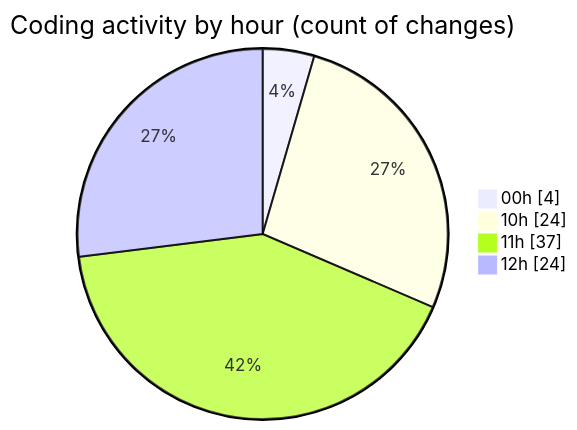
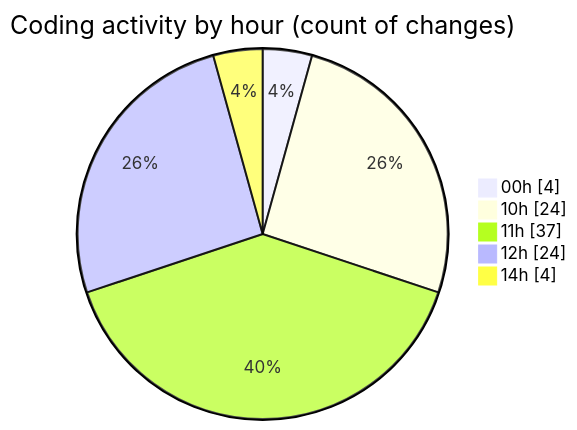
One commit to Netris89/code-tracking changed the second of 2 diagrams in 2025-04-04/back-end/README.md. Above: the diagram before and after it, drawn with Mermaid. The commit also changed other lines of this file and 1 other file, not shown here.

````diff
--- a/2025-04-04/back-end/README.md
+++ b/2025-04-04/back-end/README.md
@@ -43,8 +43,9 @@
 ```mermaid
 pie showData
 title Coding activity by hour (count of changes)
 "00h" : 4
 "10h" : 24
 "11h" : 37
 "12h" : 24
+"14h" : 4
 ```
````
